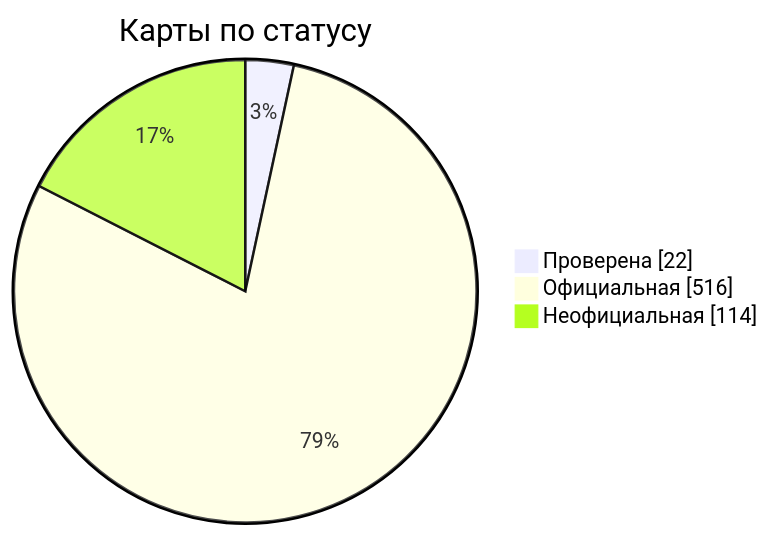
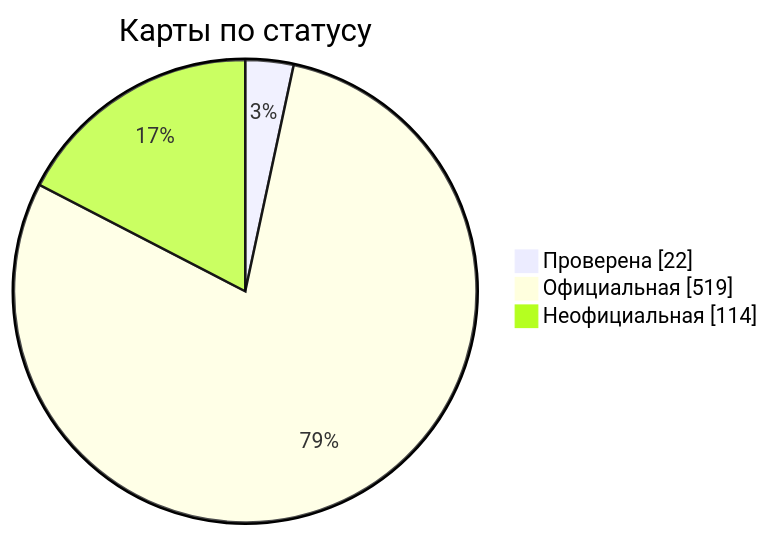
Before and after one commit to nobrega8/mbmap-library: the diagram in docs/readme/README_RU.md, drawn with Mermaid. The commit also changed 8 other files, not shown here.

````diff
--- a/docs/readme/README_RU.md
+++ b/docs/readme/README_RU.md
@@ -54,7 +54,7 @@
 ```mermaid
 pie showData
     title Карты по статусу
     "Проверена" : 22
-    "Официальная" : 516
+    "Официальная" : 519
     "Неофициальная" : 114
 ```
````
